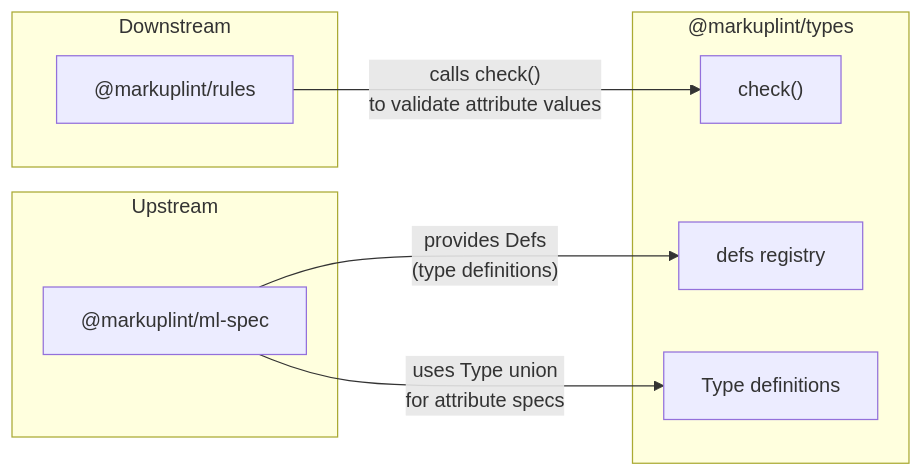
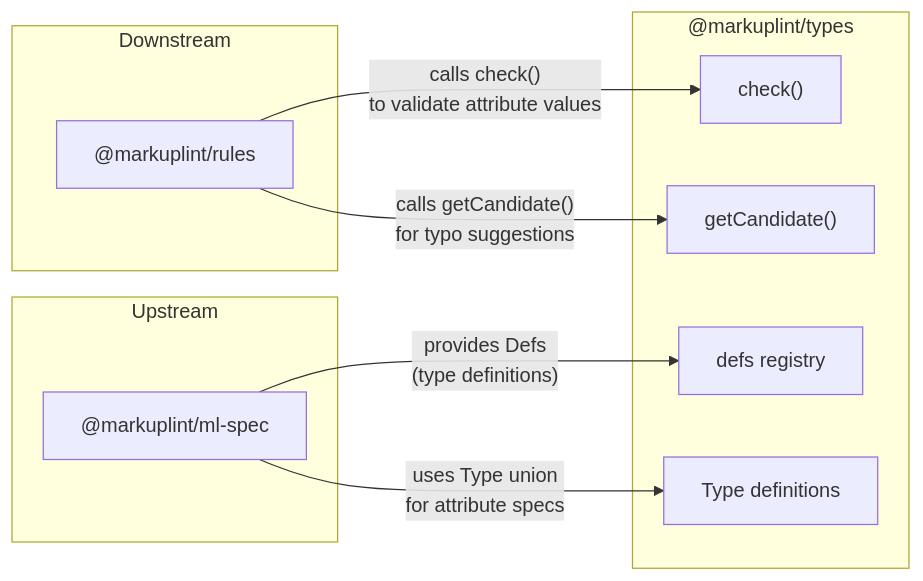
The second of 2 diagrams in packages/@markuplint/types/ARCHITECTURE.md (markuplint/markuplint), drawn with Mermaid before and after one commit. The commit also changed other lines of this file and 1 other file, not shown here.

Commit message:
docs(types): update ARCHITECTURE to document getCandidate integration

````diff
--- a/packages/@markuplint/types/ARCHITECTURE.md
+++ b/packages/@markuplint/types/ARCHITECTURE.md
@@ -218,20 +218,22 @@
 ```mermaid
 flowchart LR
     subgraph upstream ["Upstream"]
         mlSpec["@markuplint/ml-spec"]
     end
 
     subgraph pkg ["@markuplint/types"]
         defs["defs registry"]
         check["check()"]
+        getCandidate["getCandidate()"]
         types["Type definitions"]
     end
 
     subgraph downstream ["Downstream"]
         rules["@markuplint/rules"]
     end
 
     mlSpec -->|"provides Defs\n(type definitions)"| defs
     mlSpec -->|"uses Type union\nfor attribute specs"| types
     rules -->|"calls check()\nto validate attribute values"| check
+    rules -->|"calls getCandidate()\nfor typo suggestions"| getCandidate
 ```
````
